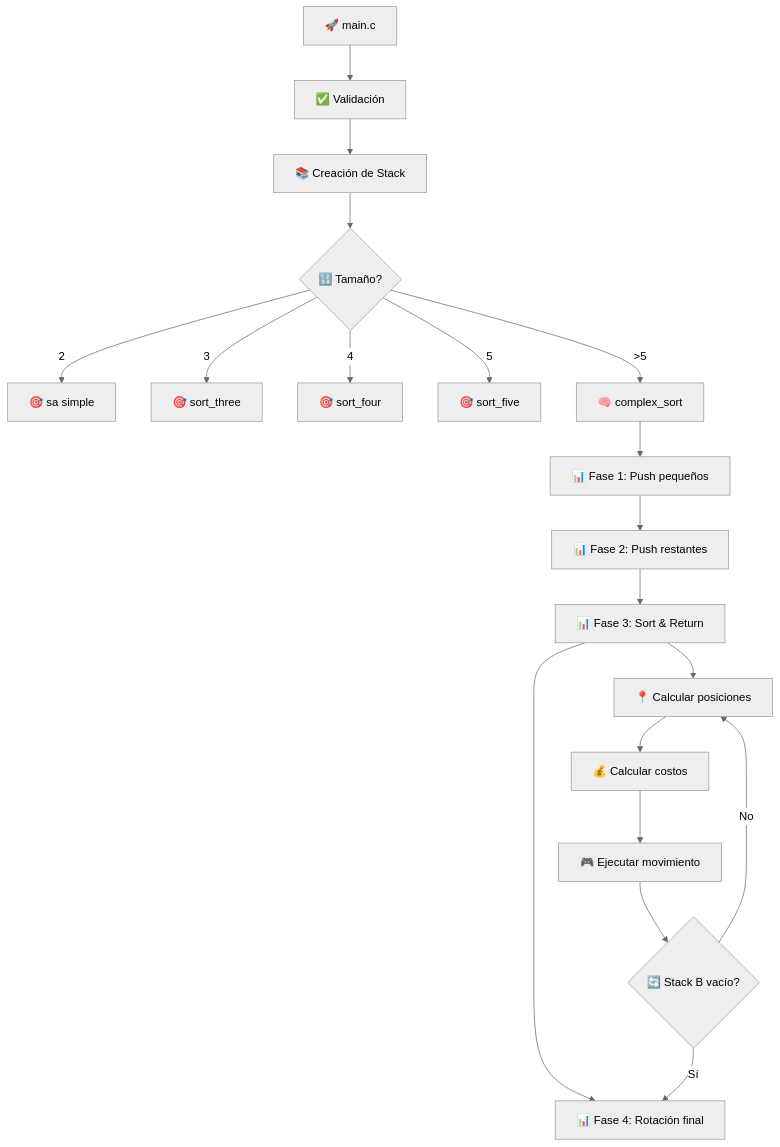
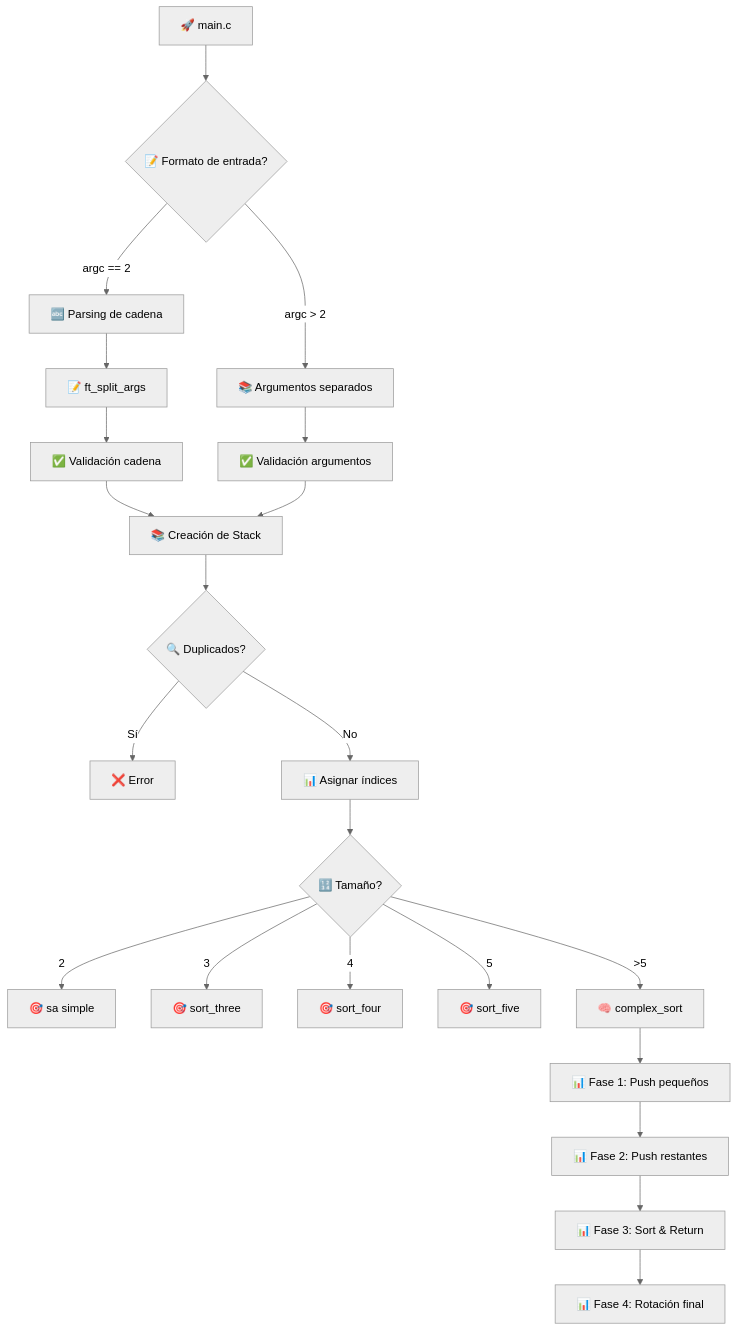
One commit to otakugodie/42-summer2024Lisboa changed the first of 9 diagrams in 42cursus/push_swap/exercises/project/project_documentation.md. Above: the diagram before and after it, drawn with Mermaid (neutral theme). The commit also changed other lines of this file and 6 other files, not shown here.

Commit message:
Add split funcionality push_swap in args

````diff
--- a/42cursus/push_swap/exercises/project/project_documentation.md
+++ b/42cursus/push_swap/exercises/project/project_documentation.md
@@ -38,24 +41,29 @@
 ```mermaid
 graph TD
-    A[🚀 main.c] --> B[✅ Validación]
-    B --> C[📚 Creación de Stack]
-    C --> D{🔢 Tamaño?}
+    A[🚀 main.c] --> B{📝 Formato de entrada?}
+    B -->|argc == 2| C[🔤 Parsing de cadena]
+    B -->|argc > 2| D[📚 Argumentos separados]
     
-    D -->|2| E[🎯 sa simple]
-    D -->|3| F[🎯 sort_three]
-    D -->|4| G[🎯 sort_four]
-    D -->|5| H[🎯 sort_five]
-    D -->|>5| I[🧠 complex_sort]
+    C --> E[📝 ft_split_args]
+    E --> F[✅ Validación cadena]
+    F --> G[📚 Creación de Stack]
     
-    I --> J[📊 Fase 1: Push pequeños]
-    J --> K[📊 Fase 2: Push restantes]
-    K --> L[📊 Fase 3: Sort & Return]
-    L --> M[📊 Fase 4: Rotación final]
+    D --> H[✅ Validación argumentos]
+    H --> G
     
-    L --> N[📍 Calcular posiciones]
-    N --> O[💰 Calcular costos]
-    O --> P[🎮 Ejecutar movimiento]
-    P --> Q{🔄 Stack B vacío?}
-    Q -->|No| N
-    Q -->|Sí| M
+    G --> I{🔍 Duplicados?}
+    I -->|Sí| Z[❌ Error]
+    I -->|No| J[📊 Asignar índices]
+    
+    J --> K{🔢 Tamaño?}
+    K -->|2| L[🎯 sa simple]
+    K -->|3| M[🎯 sort_three]
+    K -->|4| N[🎯 sort_four]
+    K -->|5| O[🎯 sort_five]
+    K -->|>5| P[🧠 complex_sort]
+    
+    P --> Q[📊 Fase 1: Push pequeños]
+    Q --> R[📊 Fase 2: Push restantes]
+    R --> S[📊 Fase 3: Sort & Return]
+    S --> T[📊 Fase 4: Rotación final]
 ```
````
